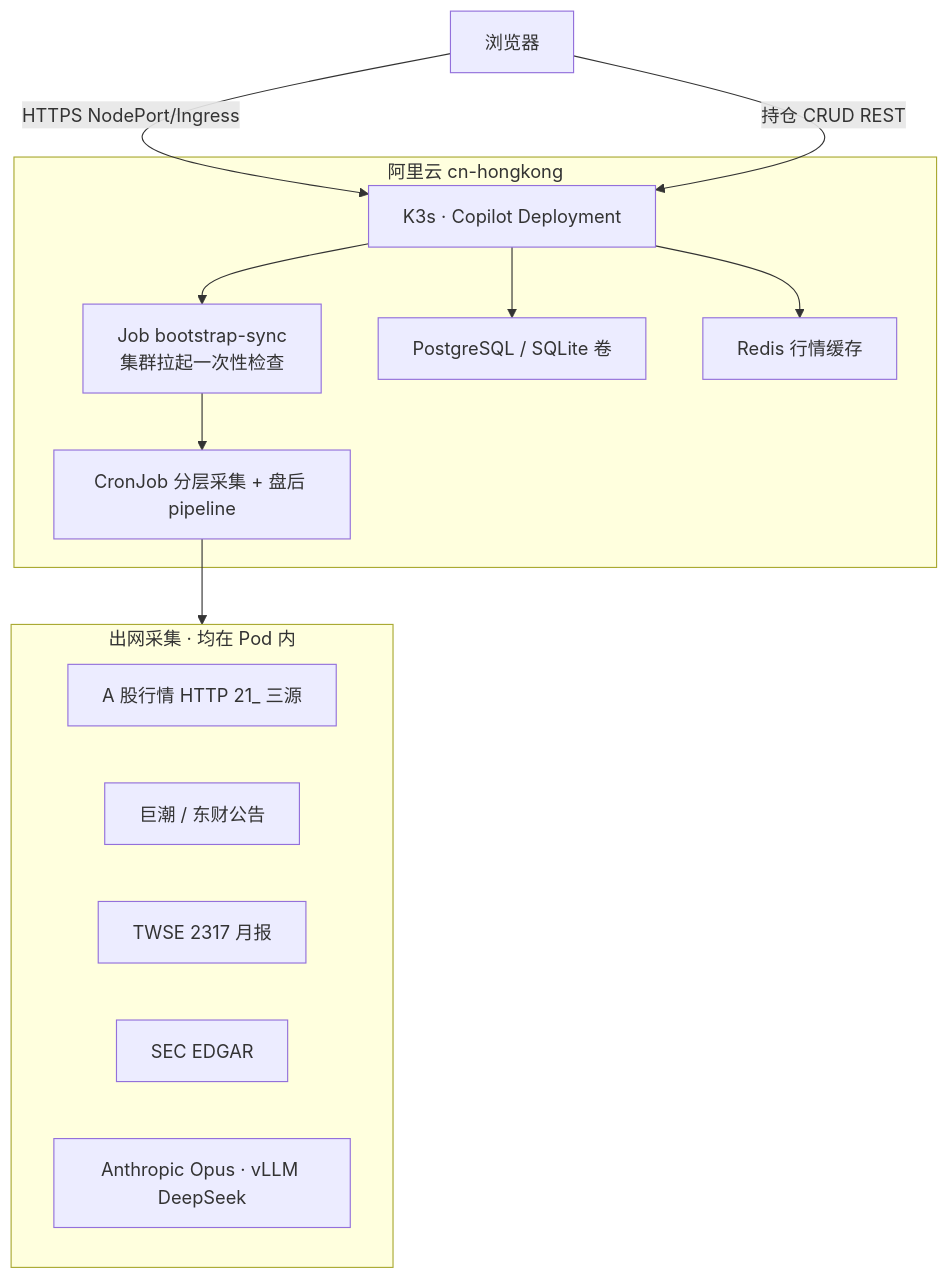
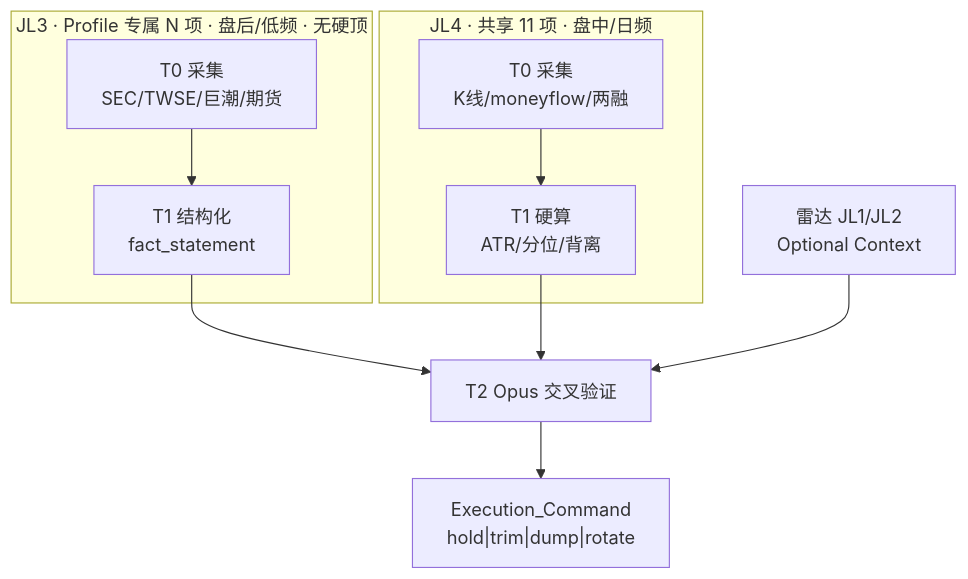
The fifth of 6 diagrams in 03_原子目标与规约/_共享规约/28_执行中工作区_标的深度监控_T0-T2开发计划.md (myxxhui/diting-doc), drawn with Mermaid before and after one commit. The commit also changed other lines of this file and 12 other files, not shown here.

````diff
--- a/03_原子目标与规约/_共享规约/28_执行中工作区_标的深度监控_T0-T2开发计划.md
+++ b/03_原子目标与规约/_共享规约/28_执行中工作区_标的深度监控_T0-T2开发计划.md
@@ -167,24 +684,13 @@
 ```mermaid
 flowchart TB
-  subgraph hk["阿里云 cn-hongkong"]
-    K3s["K3s · Copilot Deployment"]
-    Boot["Job bootstrap-sync<br/>集群拉起一次性检查"]
-    Cron["CronJob 分层采集 + 盘后 pipeline"]
-    PG["PostgreSQL / SQLite 卷"]
-    Redis["Redis 行情缓存"]
+  subgraph jl3["JL3 · Profile 专属 N 项 · 盘后/低频 · 无硬顶"]
+    T0L3["T0 采集<br/>SEC/TWSE/巨潮/期货"] --> T1L3["T1 结构化<br/>fact_statement"]
   end
-  subgraph egress["出网采集 · 均在 Pod 内"]
-    CN["A 股行情 HTTP 21_ 三源"]
-    CNINFO["巨潮 / 东财公告"]
-    TW["TWSE 2317 月报"]
-    US["SEC EDGAR"]
-    LLM["Anthropic Opus · vLLM DeepSeek"]
+  subgraph jl4["JL4 · 共享 11 项 · 盘中/日频"]
+    T0L4["T0 采集<br/>K线/moneyflow/两融"] --> T1L4["T1 硬算<br/>ATR/分位/背离"]
   end
-  User["浏览器"] -->|HTTPS NodePort/Ingress| K3s
-  K3s --> Boot
-  Boot --> Cron
-  Cron --> egress
-  K3s --> PG
-  K3s --> Redis
-  User -->|持仓 CRUD REST| K3s
+  T1L3 --> T2["T2 Opus 交叉验证"]
+  T1L4 --> T2
+  RADAR["雷达 JL1/JL2<br/>Optional Context"] --> T2
+  T2 --> CMD["Execution_Command<br/>hold|trim|dump|rotate"]
 ```
````
